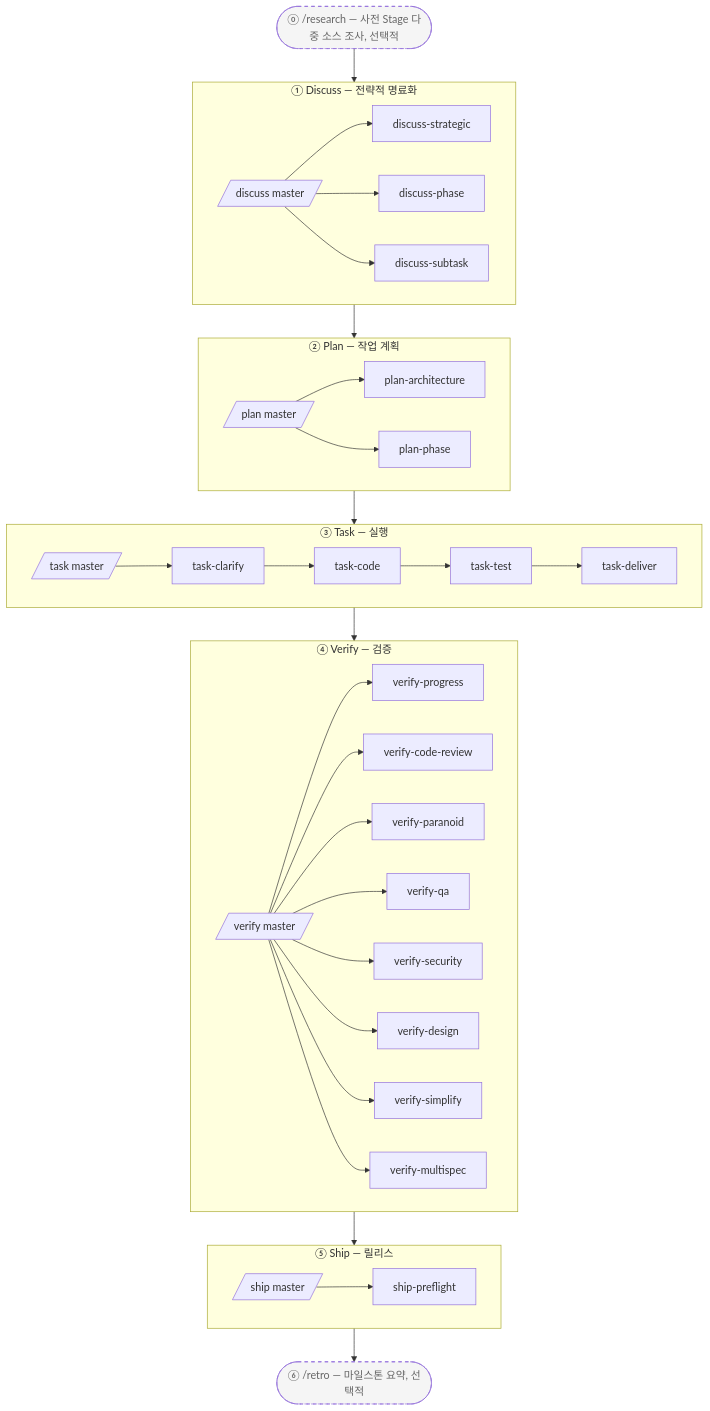
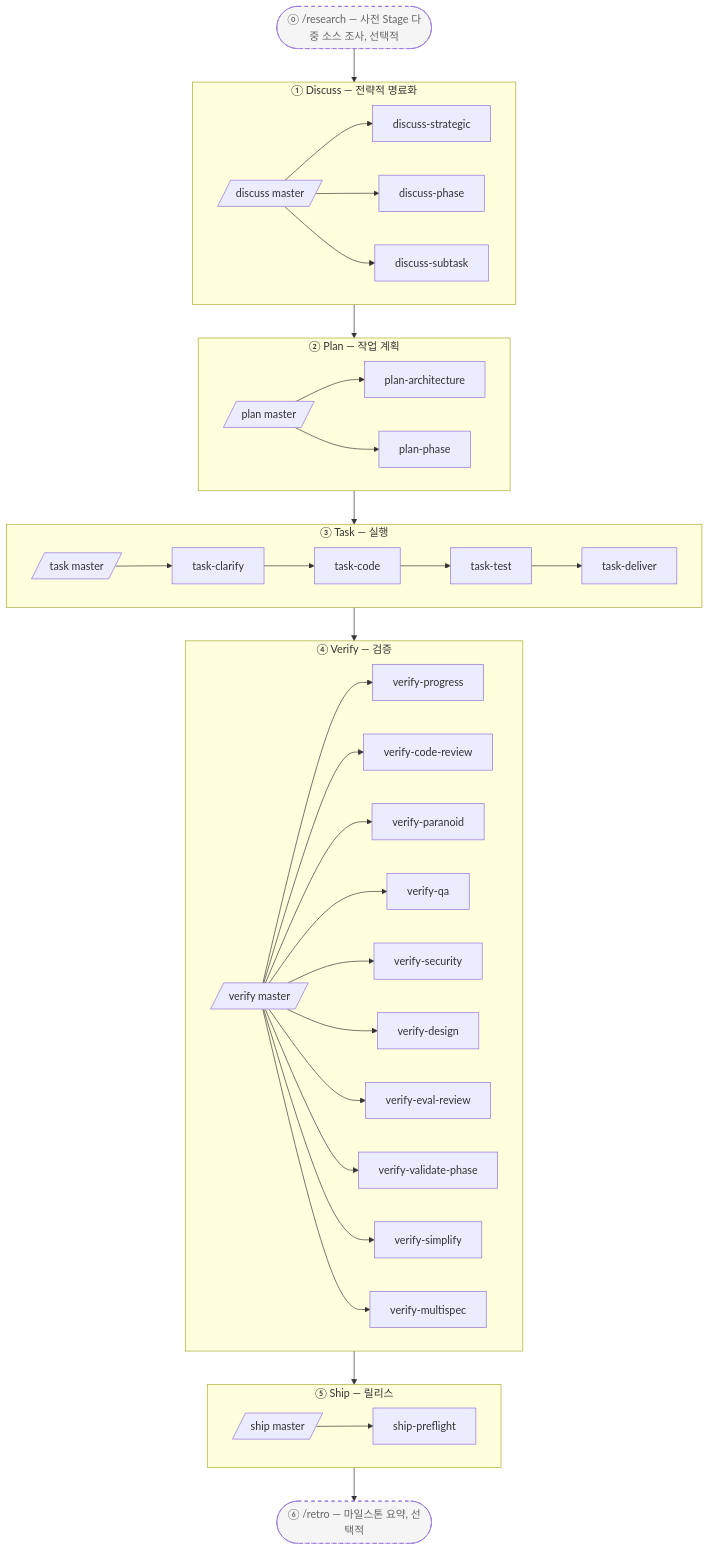
One commit to easyinplay/harnessed changed the second of 2 diagrams in README-ko.md. Above: the diagram before and after it, drawn with Mermaid. The commit also changed other lines of this file and 10 other files, not shown here.

````diff
--- a/README-ko.md
+++ b/README-ko.md
@@ -192,47 +192,49 @@
 ```mermaid
 graph TD
   RS([⓪ /research — 사전 Stage 다중 소스 조사, 선택적]):::optional
   subgraph Discuss[① Discuss — 전략적 명료화]
     DM[/discuss master/]
     DS[discuss-strategic]
     DP[discuss-phase]
     DT[discuss-subtask]
     DM --> DS & DP & DT
   end
   subgraph Plan[② Plan — 작업 계획]
     PM[/plan master/]
     PA[plan-architecture]
     PP[plan-phase]
     PM --> PA & PP
   end
   subgraph Task[③ Task — 실행]
     TM[/task master/]
     TC[task-clarify]
     TCo[task-code]
     TT[task-test]
     TD[task-deliver]
     TM --> TC --> TCo --> TT --> TD
   end
   subgraph Verify[④ Verify — 검증]
     VMs[/verify master/]
     VP[verify-progress]
     VC[verify-code-review]
     VPa[verify-paranoid]
     VQ[verify-qa]
     VS[verify-security]
     VD[verify-design]
+    VE[verify-eval-review]
+    VV[verify-validate-phase]
     VSi[verify-simplify]
     VM[verify-multispec]
-    VMs --> VP & VC & VPa & VQ & VS & VD & VSi & VM
+    VMs --> VP & VC & VPa & VQ & VS & VD & VE & VV & VSi & VM
   end
   subgraph Ship[⑤ Ship — 릴리스]
     SMs[/ship master/]
     SP[ship-preflight]
     SMs --> SP
   end
   RT([⑥ /retro — 마일스톤 요약, 선택적]):::optional
   RS --> Discuss
   Discuss --> Plan --> Task --> Verify --> Ship
   Ship --> RT
   classDef optional stroke-dasharray:5 5,fill:#f5f5f5,color:#666
 ```
````
